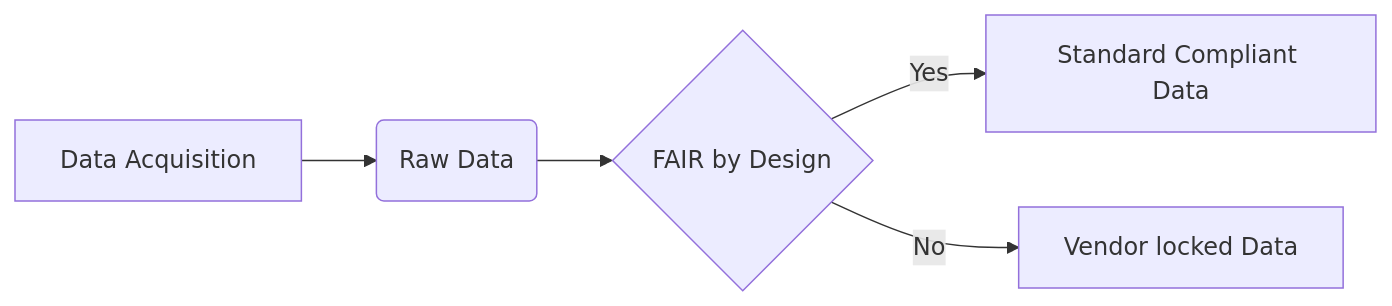
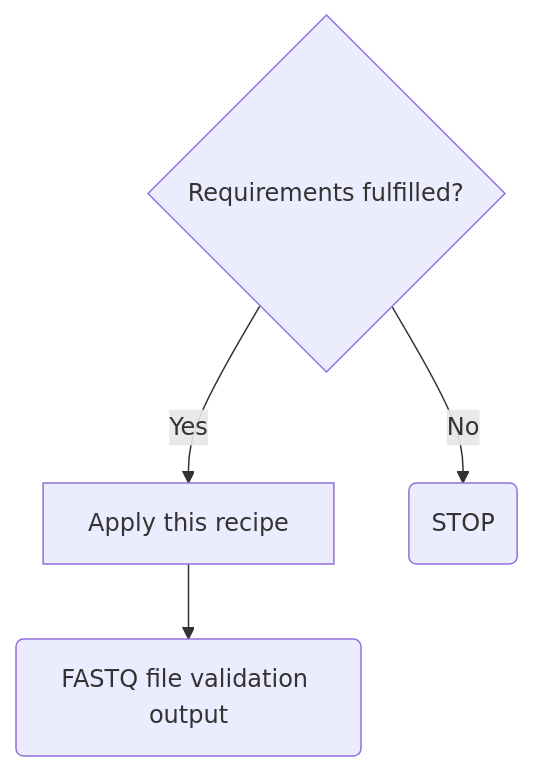
The diagram in docs/content/recipes/interoperability/how-to-validate-a-fastq-file.md (tabbassidaloii/the-fair-cookbook), drawn with Mermaid before and after one commit. The commit also changed other lines of this file, not shown here.

Commit message:
basic requirements and EDAM terms

```diff
--- a/docs/content/recipes/interoperability/how-to-validate-a-fastq-file.md
+++ b/docs/content/recipes/interoperability/how-to-validate-a-fastq-file.md
@@ -26,7 +26,6 @@
 <div class="mermaid">
-graph LR;
-   A[Data Acquisition] -->B(Raw Data)
-   B --> C{FAIR by Design}
-   C -->|Yes| D[Standard Compliant Data]
-   C -->|No| E[Vendor locked Data]
+graph TD
+A{Requirements fulfilled?} -->|Yes| B[Apply this recipe]
+A -->|No| D(STOP)
+B --> C(FASTQ file validation output)
 </div>
```
